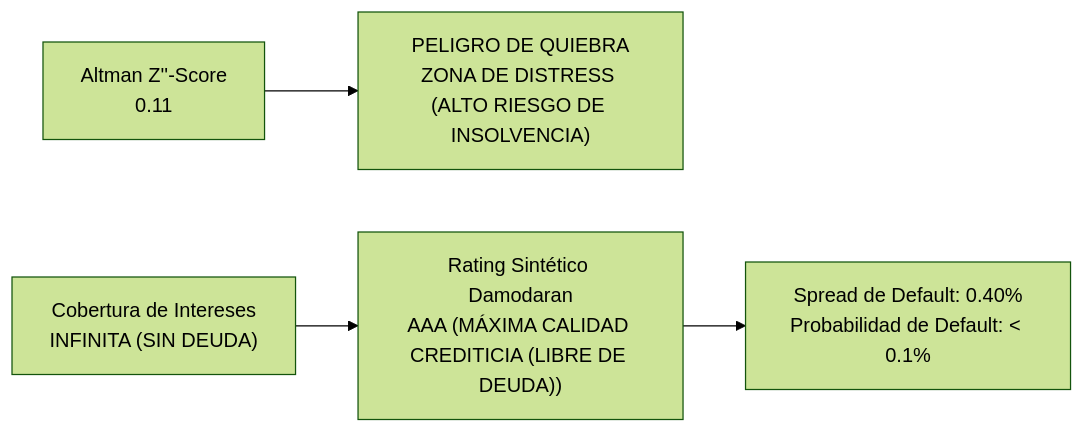
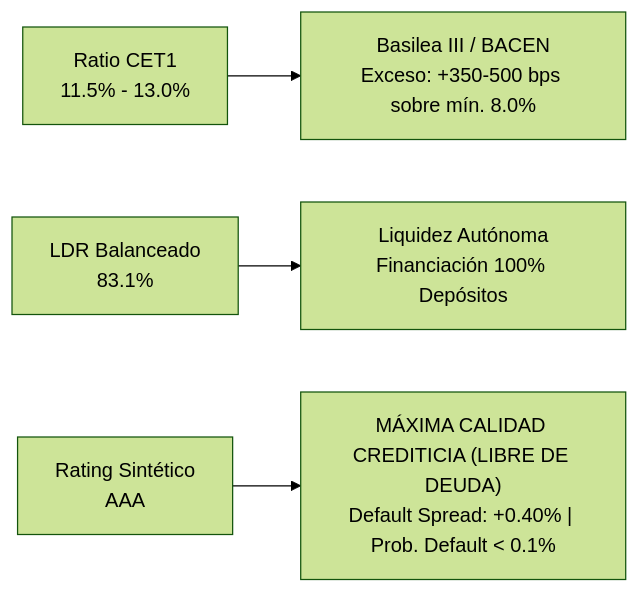
Before and after one commit to PabloS107/analisis-fundamental-acciones: the diagram in drive_input/NU/processed/Analisis_Resultados_Q2_2026_NU.md, drawn with Mermaid (forest theme). The commit also changed other lines of this file and 44 other files, not shown here.

````diff
--- a/drive_input/NU/processed/Analisis_Resultados_Q2_2026_NU.md
+++ b/drive_input/NU/processed/Analisis_Resultados_Q2_2026_NU.md
@@ -637,6 +640,6 @@
 ```mermaid
 graph LR
-    Z["Altman Z''-Score<br>0.11"] --> Z1["PELIGRO DE QUIEBRA<br>ZONA DE DISTRESS (ALTO RIESGO DE INSOLVENCIA)"]
-    R["Cobertura de Intereses<br>INFINITA (SIN DEUDA)"] --> R1["Rating Sintético Damodaran<br>AAA (MÁXIMA CALIDAD CREDITICIA (LIBRE DE DEUDA))"]
-    R1 --> S["Spread de Default: 0.40%<br>Probabilidad de Default: < 0.1%"]
+    C["Ratio CET1<br>11.5% - 13.0%"] --> C1["Basilea III / BACEN<br>Exceso: +350-500 bps sobre mín. 8.0%"]
+    L["LDR Balanceado<br>83.1%"] --> L1["Liquidez Autónoma<br>Financiación 100% Depósitos"]
+    R["Rating Sintético<br>AAA"] --> R1["MÁXIMA CALIDAD CREDITICIA (LIBRE DE DEUDA)<br>Default Spread: +0.40% | Prob. Default < 0.1%"]
 ```
````
